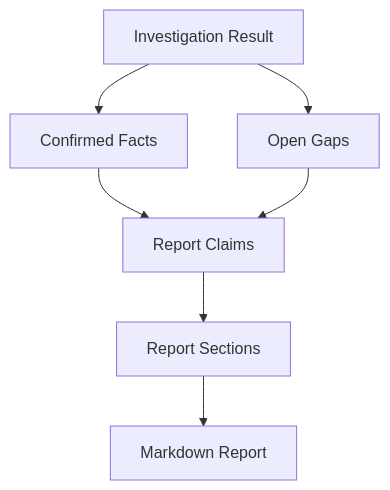
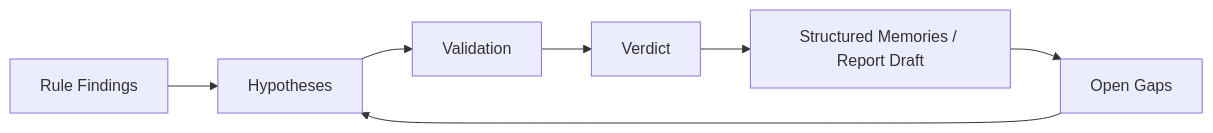
Before and after one commit to sumeshi/forensia: the second of 3 diagrams in README.md, drawn with Mermaid. The commit also changed other lines of this file and 1 other file, not shown here.

````diff
--- a/README.md
+++ b/README.md
@@ -220,15 +160,11 @@
 ```mermaid
-flowchart TD
-    A["Investigation Result"]
-    B["Confirmed Facts"]
-    C["Open Gaps"]
-    D["Report Claims"]
-    E["Report Sections"]
-    F["Markdown Report"]
+flowchart LR
+    A["Rule Findings"]
+    B["Hypotheses"]
+    C["Validation"]
+    D["Verdict"]
+    E["Structured Memories / Report Draft"]
+    F["Open Gaps"]
 
-    A --> B
-    A --> C
-    B --> D
-    C --> D
-    D --> E --> F
+    A --> B --> C --> D --> E --> F --> B
 ```
````
